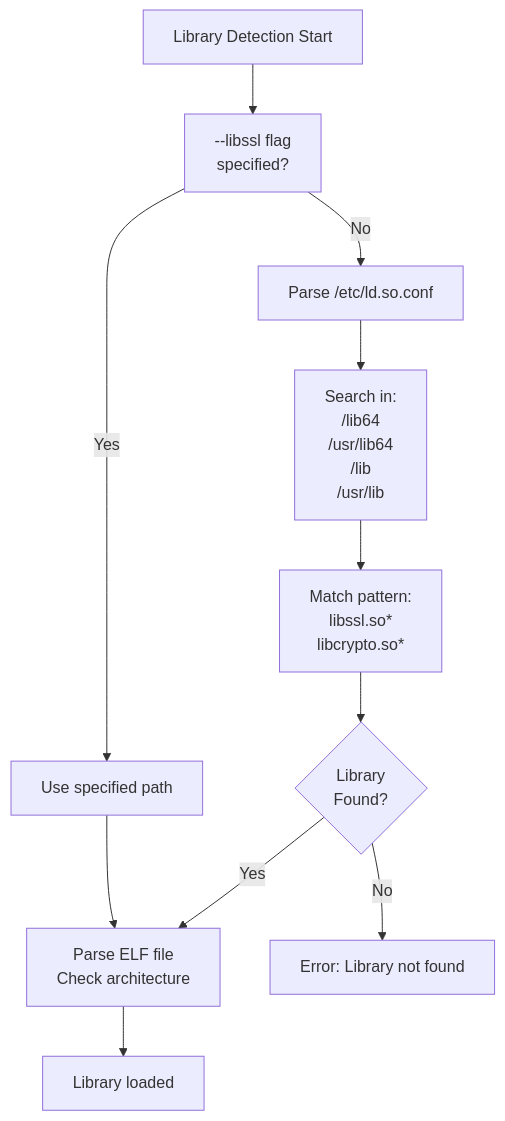
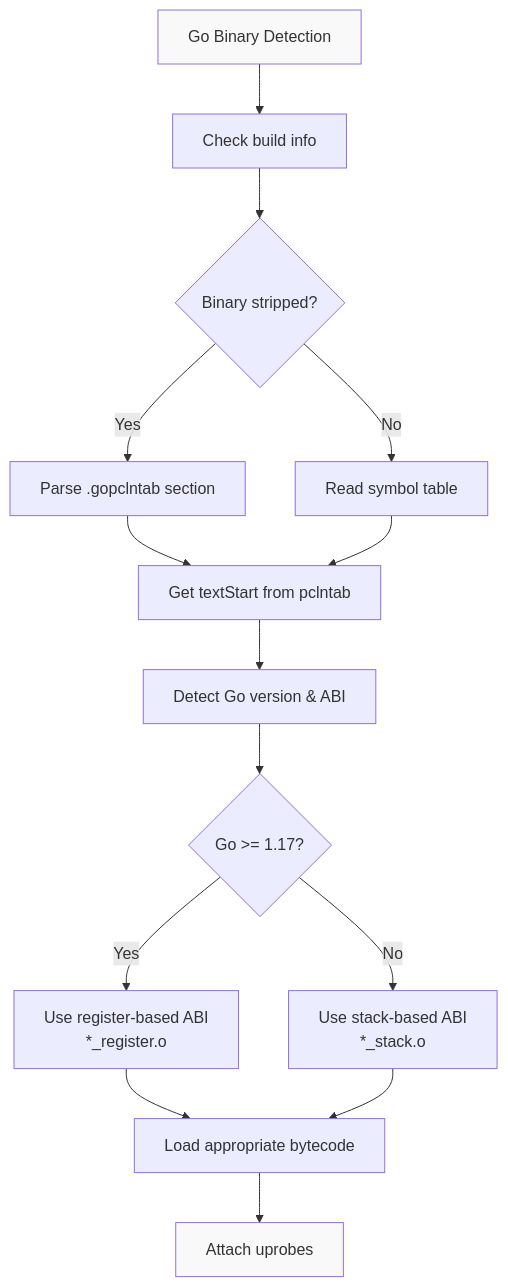
One commit to gojue/ecapture.cc changed the fourth of 10 diagrams in src/en/6-troubleshooting-and-faq/index.md. Above: the diagram before and after it, drawn with Mermaid. The commit also changed other lines of this file and 115 other files, not shown here.

````diff
--- a/src/en/6-troubleshooting-and-faq/index.md
+++ b/src/en/6-troubleshooting-and-faq/index.md
@@ -295,24 +215,19 @@
 ```mermaid
 graph TB
-    START["Library Detection Start"]
-    LIBSSL["--libssl flag<br/>specified?"]
-    MANUAL["Use specified path"]
-    LDCONF["Parse /etc/ld.so.conf"]
-    SEARCH["Search in:<br/>/lib64<br/>/usr/lib64<br/>/lib<br/>/usr/lib"]
-    PATTERN["Match pattern:<br/>libssl.so*<br/>libcrypto.so*"]
-    FOUND{"Library<br/>Found?"}
-    ERROR["Error: Library not found"]
-    ELF["Parse ELF file<br/>Check architecture"]
-    SUCCESS["Library loaded"]
+    Start["Go Binary Detection"] --> CheckBuild["Check build info"]
+    CheckBuild --> Stripped{Binary stripped?}
+    Stripped -->|Yes| UsePCLN["Parse .gopclntab section"]
+    Stripped -->|No| ReadSymbols["Read symbol table"]
+    UsePCLN --> FindText["Get textStart from pclntab"]
+    ReadSymbols --> FindText
+    FindText --> DetectABI["Detect Go version & ABI"]
+    DetectABI --> ABIType{Go >= 1.17?}
+    ABIType -->|Yes| RegABI["Use register-based ABI<br/>*_register.o"]
+    ABIType -->|No| StackABI["Use stack-based ABI<br/>*_stack.o"]
+    RegABI --> LoadBytecode["Load appropriate bytecode"]
+    StackABI --> LoadBytecode
+    LoadBytecode --> Success["Attach uprobes"]
     
-    START --> LIBSSL
-    LIBSSL -->|Yes| MANUAL
-    LIBSSL -->|No| LDCONF
-    MANUAL --> ELF
-    LDCONF --> SEARCH
-    SEARCH --> PATTERN
-    PATTERN --> FOUND
-    FOUND -->|Yes| ELF
-    FOUND -->|No| ERROR
-    ELF --> SUCCESS
+    style Start fill:#f9f9f9
+    style Success fill:#f9f9f9
 ```
````
